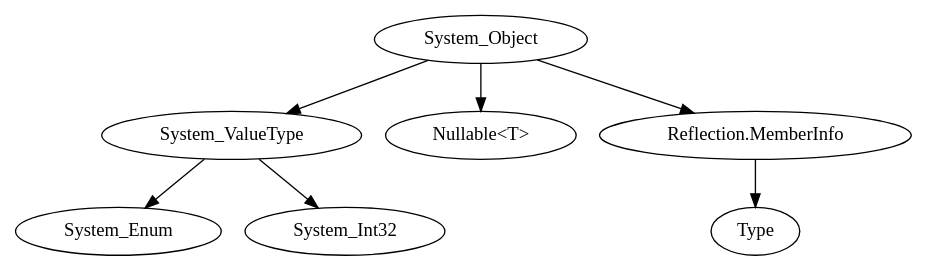
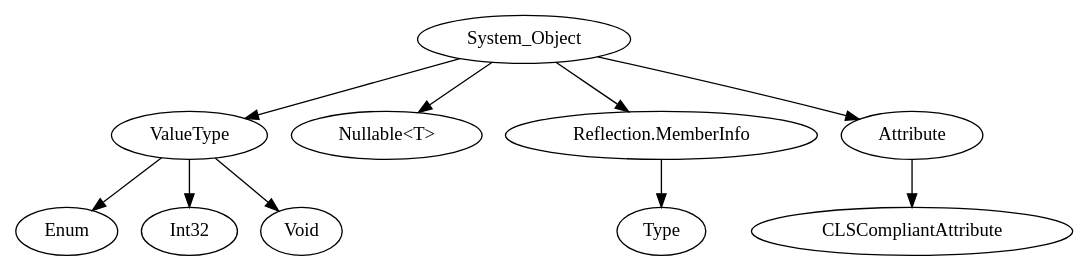
One commit to ReneNyffenegger/temp-dotNet changed the diagram in namespaces/hierarchy.dot. Above: the diagram before and after it, drawn with Graphviz. The commit also changed 2 other files, not shown here.

```diff
--- a/namespaces/hierarchy.dot
+++ b/namespaces/hierarchy.dot
@@ -1,31 +1,43 @@
 digraph hierarchy {
 
    
     System_Object;
 
-    System_ValueType;
+    System_ValueType [ label = "ValueType" ];
 
-    System_Enum;
+    System_Enum [ label = "Enum" ];
 
-    System_Int32;
+    System_Int32 [ label = "Int32" ];
+
+    System_Void [ label = "Void" ];
 
     System_Nullable [ label = "Nullable<T>" ];
 
     System_Reflection_Memberinfo [ label = "Reflection.MemberInfo" ];
 
     System_Type [ label = "Type" ];
 
     System_Object -> System_ValueType;
 
     System_Object -> System_Nullable;
 
+    System_Attribute [ label = "Attribute" ];
+
+    System_CLSCompliantAttribute [ label = "CLSCompliantAttribute" ];
+
     System_ValueType -> System_Enum;
 
     System_ValueType -> System_Int32;
 
+    System_ValueType -> System_Void;
+
     System_Object -> System_Reflection_Memberinfo;
+
+    System_Object -> System_Attribute;
+
+    System_Attribute -> System_CLSCompliantAttribute;
 
     System_Reflection_Memberinfo -> System_Type;
 
 
 }
```
